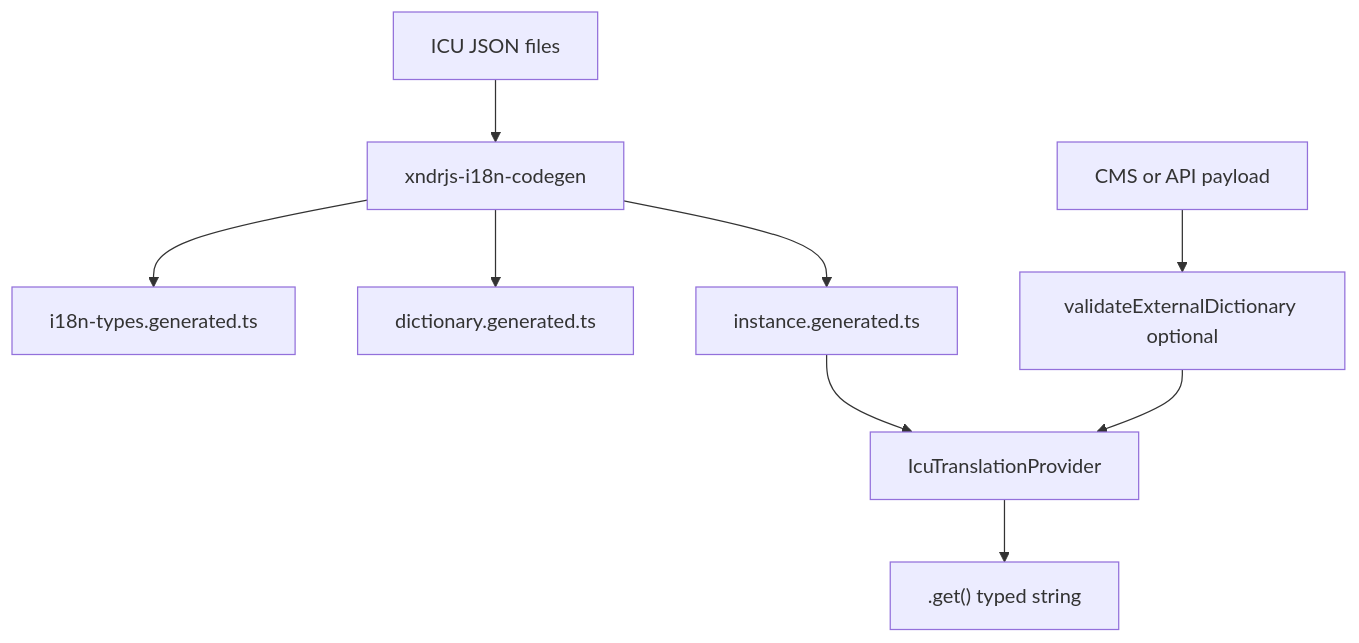
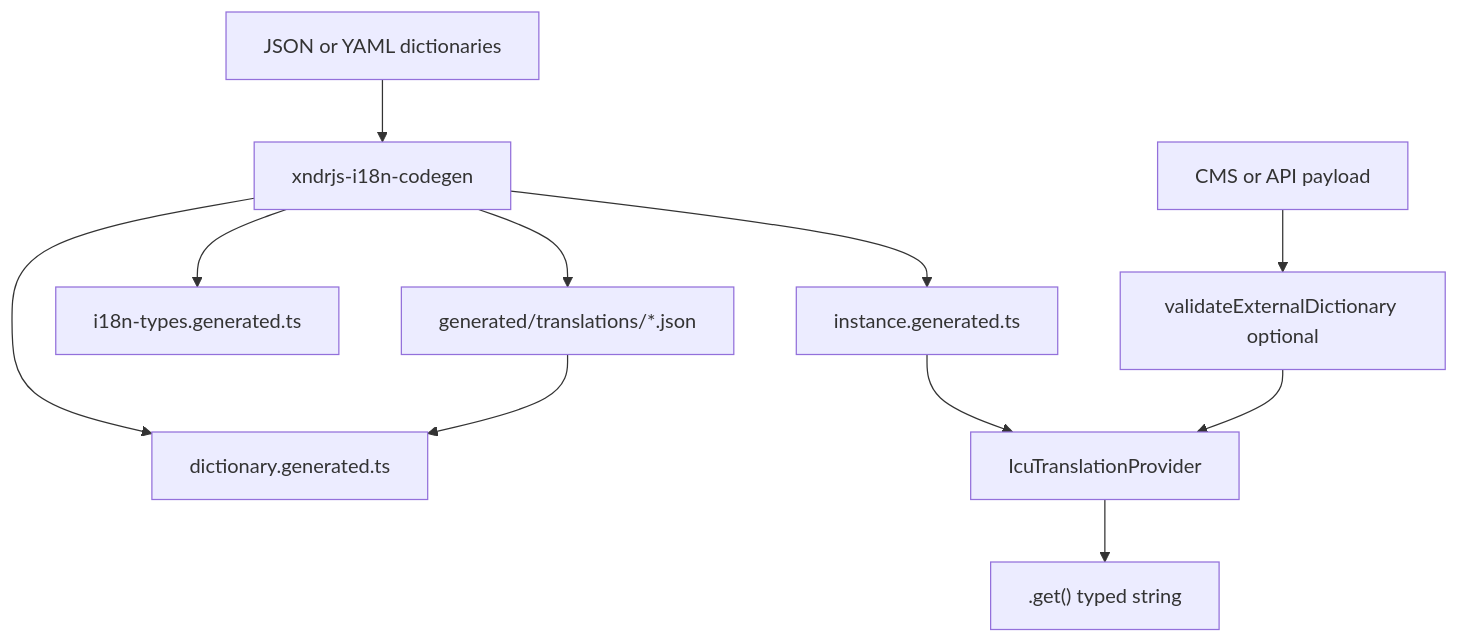
Before and after one commit to xndrjs/toolkit: the diagram in apps/xndrjs-documentation/src/content/docs/v0/infrastructure/i18n.md, drawn with Mermaid. The commit also changed other lines of this file and 49 other files, not shown here.

Commit message:
Add `xndrjs-i18n-audit` CLI to report missing translations (`missingDirectByLocale` vs `missingEffectiveByLocale`) against generated `MyProjectLocale`. Add YAML dictionary authoring (`.yaml` / `.yml`).

````diff
--- a/apps/xndrjs-documentation/src/content/docs/v0/infrastructure/i18n.md
+++ b/apps/xndrjs-documentation/src/content/docs/v0/infrastructure/i18n.md
@@ -10,11 +10,13 @@
 ```mermaid
 flowchart TD
-  JSON[ICU JSON files] --> codegen[xndrjs-i18n-codegen]
+  sources[JSON or YAML dictionaries] --> codegen[xndrjs-i18n-codegen]
+  codegen --> compiled[generated/translations/*.json]
   codegen --> types[i18n-types.generated.ts]
   codegen --> dict[dictionary.generated.ts]
   codegen --> factory[instance.generated.ts]
+  compiled --> dict
   factory --> provider[IcuTranslationProvider]
   CMS[CMS or API payload] --> validate[validateExternalDictionary optional]
   validate --> provider
   provider --> get[".get() typed string"]
 ```
````
